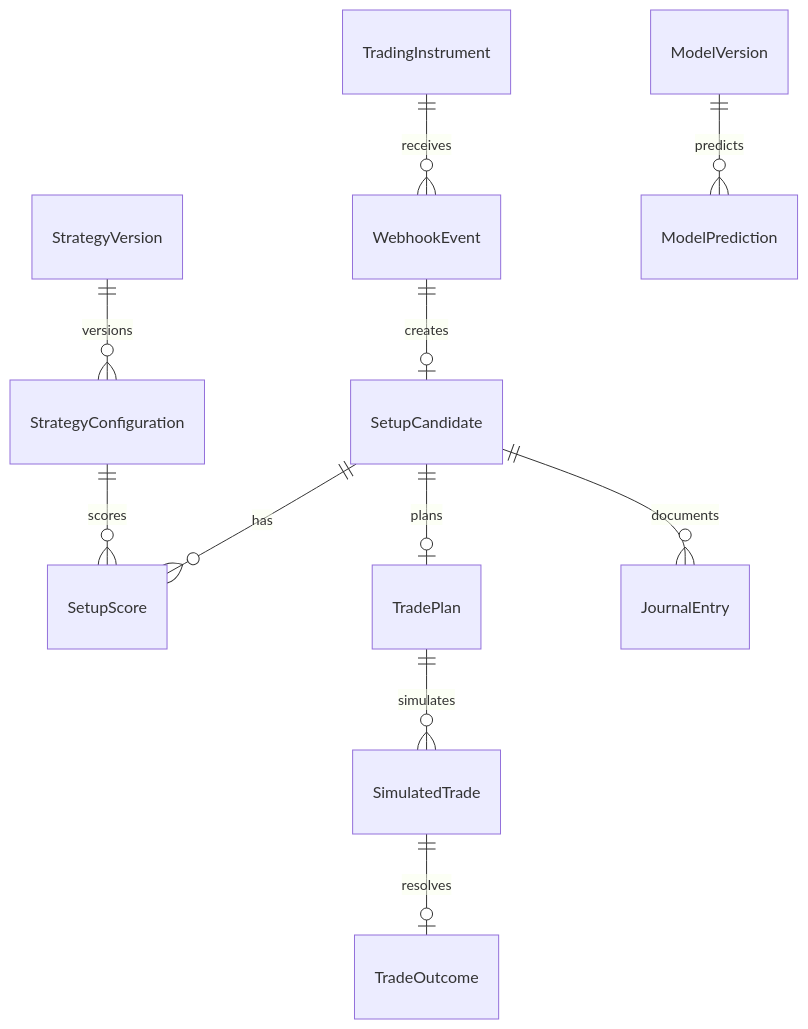
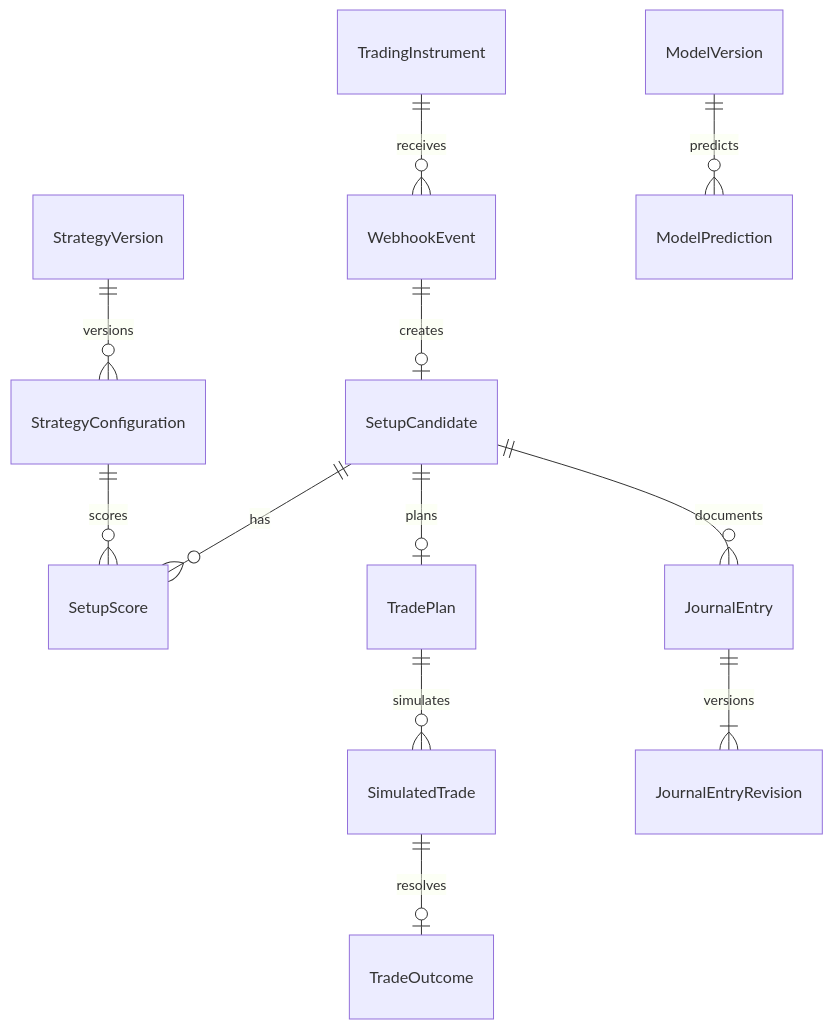
One commit to varben685/cx2 changed the diagram in docs/architecture/data-model.md. Above: the diagram before and after it, drawn with Mermaid. The commit also changed other lines of this file and 25 other files, not shown here.

````diff
--- a/docs/architecture/data-model.md
+++ b/docs/architecture/data-model.md
@@ -7,13 +7,14 @@
 ```mermaid
 erDiagram
     TradingInstrument ||--o{ WebhookEvent : receives
     WebhookEvent ||--o| SetupCandidate : creates
     SetupCandidate ||--o{ SetupScore : has
     SetupCandidate ||--o| TradePlan : plans
     TradePlan ||--o{ SimulatedTrade : simulates
     SimulatedTrade ||--o| TradeOutcome : resolves
     SetupCandidate ||--o{ JournalEntry : documents
+    JournalEntry ||--|{ JournalEntryRevision : versions
     StrategyVersion ||--o{ StrategyConfiguration : versions
     StrategyConfiguration ||--o{ SetupScore : scores
     ModelVersion ||--o{ ModelPrediction : predicts
 ```
````
